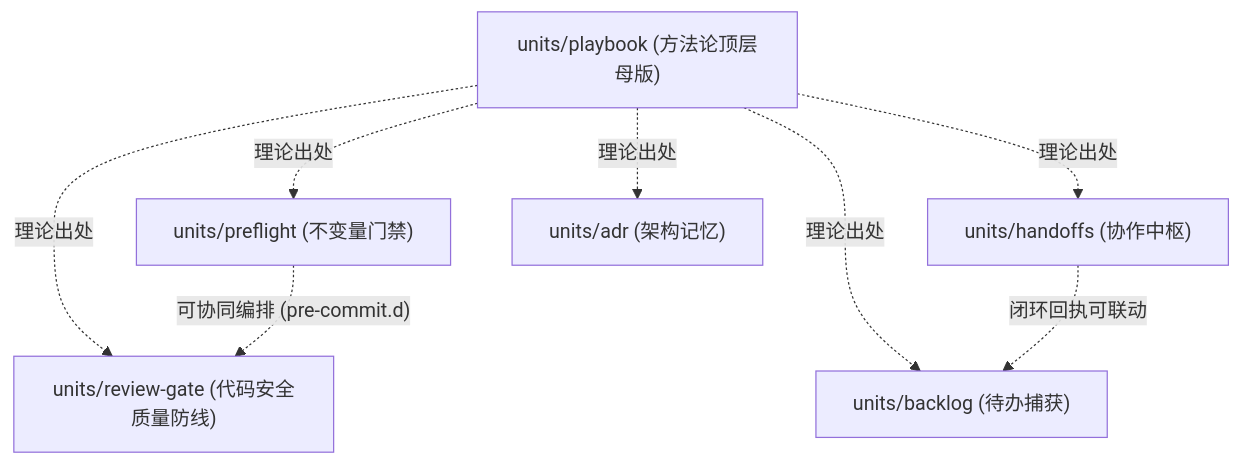
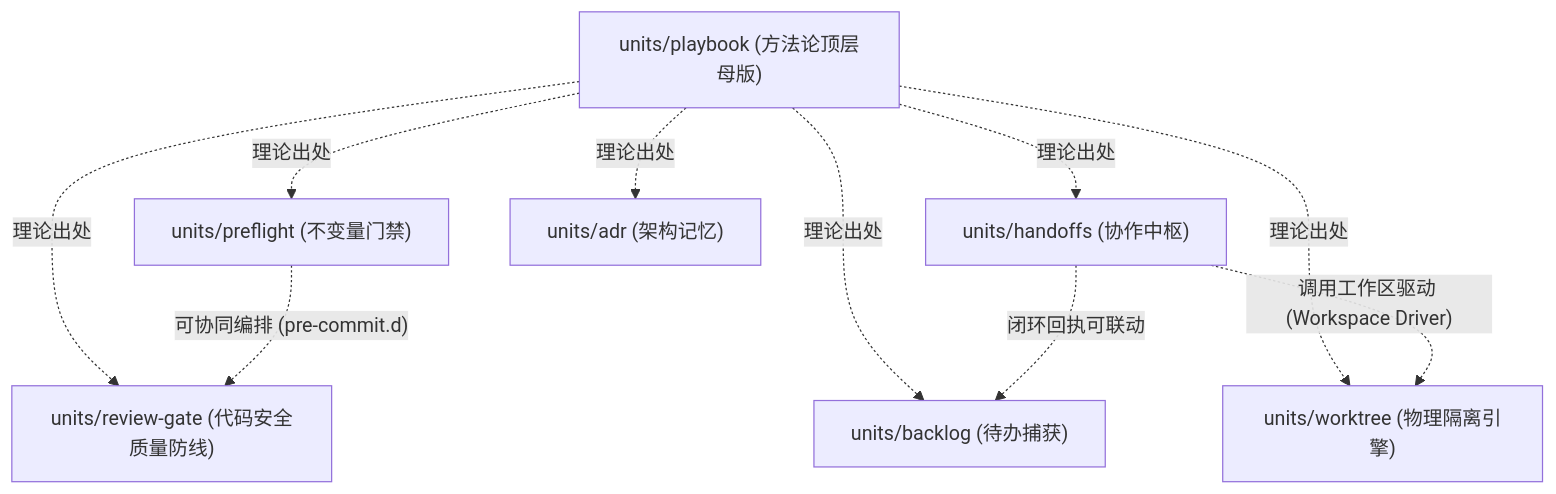
One commit to ChurzeXo/ReasonWeave changed the diagram in group/architecture/dependency-graph.md. Above: the diagram before and after it, drawn with Mermaid. The commit also changed other lines of this file and 24 other files, not shown here.

````diff
--- a/group/architecture/dependency-graph.md
+++ b/group/architecture/dependency-graph.md
@@ -7,19 +7,22 @@
 ```mermaid
 graph TD
     PLAYBOOK["units/playbook (方法论顶层母版)"]
     
     HANDOFFS["units/handoffs (协作中枢)"]
+    WORKTREE["units/worktree (物理隔离引擎)"]
     PREFLIGHT["units/preflight (不变量门禁)"]
     REVIEW["units/review-gate (代码安全质量防线)"]
     ADR["units/adr (架构记忆)"]
     BACKLOG["units/backlog (待办捕获)"]
     
     PLAYBOOK -.->|"理论出处"| PREFLIGHT
     PLAYBOOK -.->|"理论出处"| REVIEW
     PLAYBOOK -.->|"理论出处"| ADR
     PLAYBOOK -.->|"理论出处"| BACKLOG
     PLAYBOOK -.->|"理论出处"| HANDOFFS
+    PLAYBOOK -.->|"理论出处"| WORKTREE
     
+    HANDOFFS -.->|"调用工作区驱动 (Workspace Driver)"| WORKTREE
     PREFLIGHT -.->|"可协同编排 (pre-commit.d)"| REVIEW
     HANDOFFS -.->|"闭环回执可联动"| BACKLOG
 ```
````
